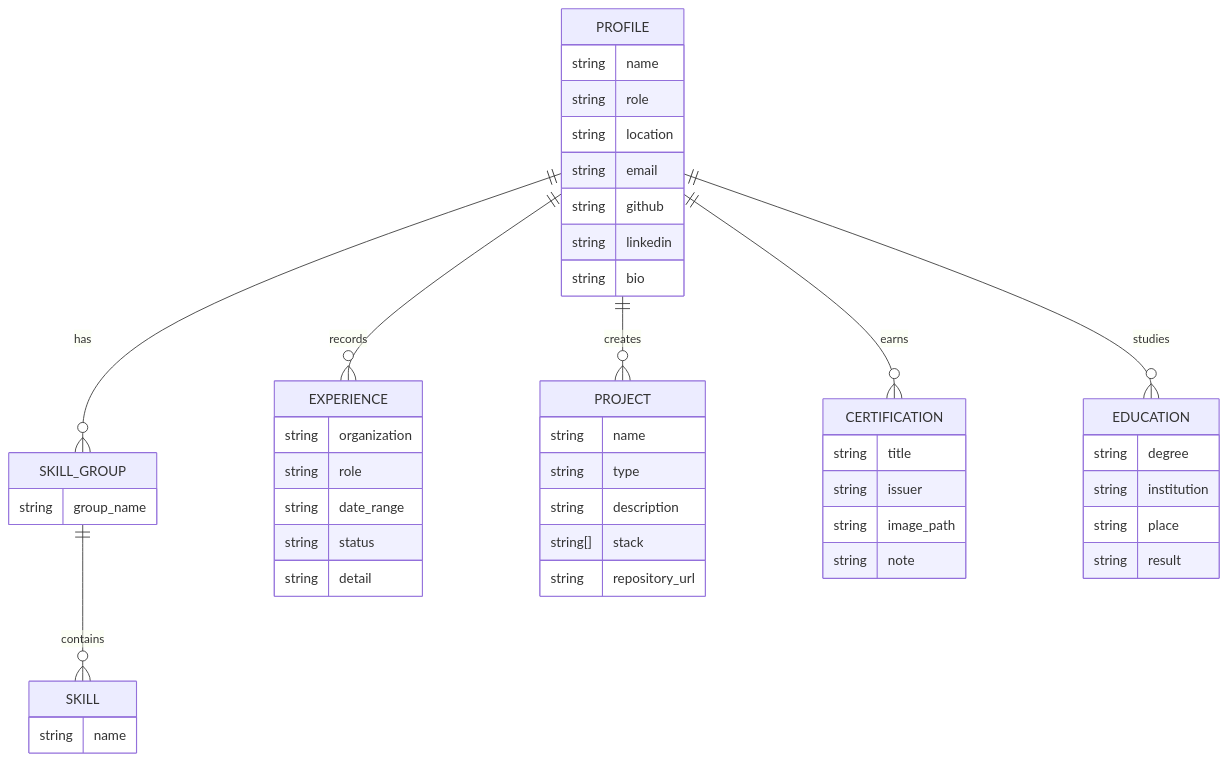
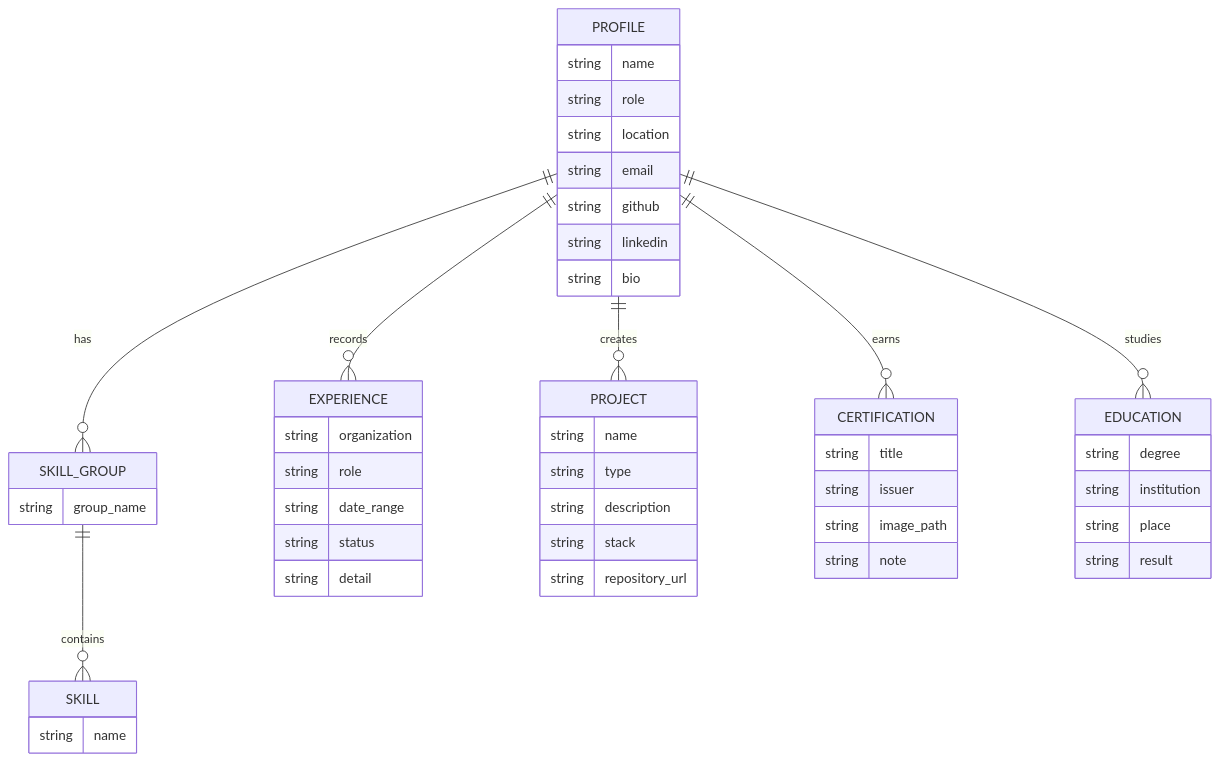
Before and after one commit to numankhan2007/Ranjith-portfolio-: the second of 2 diagrams in README.md, drawn with Mermaid.

Commit message:
Polish conceptual archive ER diagram

````diff
--- a/README.md
+++ b/README.md
@@ -167,51 +167,51 @@
 ```mermaid
 erDiagram
     PROFILE ||--o{ SKILL_GROUP : has
     SKILL_GROUP ||--o{ SKILL : contains
     PROFILE ||--o{ EXPERIENCE : records
     PROFILE ||--o{ PROJECT : creates
     PROFILE ||--o{ CERTIFICATION : earns
     PROFILE ||--o{ EDUCATION : studies
 
     PROFILE {
         string name
         string role
         string location
         string email
         string github
         string linkedin
         string bio
     }
     SKILL_GROUP {
         string group_name
     }
     SKILL {
         string name
     }
     EXPERIENCE {
         string organization
         string role
         string date_range
         string status
         string detail
     }
     PROJECT {
         string name
         string type
         string description
-        string[] stack
+        string stack
         string repository_url
     }
     CERTIFICATION {
         string title
         string issuer
         string image_path
         string note
     }
     EDUCATION {
         string degree
         string institution
         string place
         string result
     }
 ```
````
